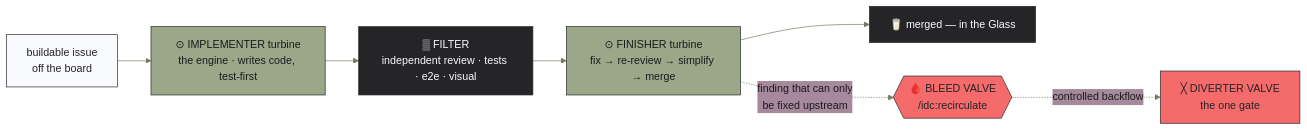
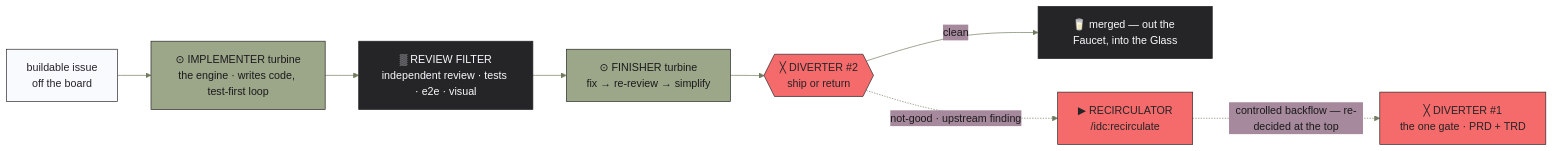
The diagram in docs/mental-model.md (llamallamaredpajama/idc-workflow), drawn with Mermaid before and after one commit. The commit also changed other lines of this file and 9 other files, not shown here.

First line of the commit message:
te-deep-doodling-cerf-2026-06-15-2327/U5: Metaphor + docs rebuild (two-diverter/recirculator) + 3.0.0 bump + CHANGELOG (#56)

````diff
--- a/docs/mental-model.md
+++ b/docs/mental-model.md
@@ -71,16 +82,17 @@
 ```mermaid
 %%{init: {'theme':'base','themeVariables':{'primaryColor':'#9CA689','primaryTextColor':'#1b1a1c','primaryBorderColor':'#252427','lineColor':'#6f7a5e','fontFamily':'Trebuchet MS, Verdana, sans-serif'}}}%%
 flowchart LR
     ISS["buildable issue<br/>off the board"]:::water --> IMPL
-    IMPL["⊙ IMPLEMENTER turbine<br/>the engine · writes code, test-first"]:::turbine --> FILT
-    FILT["▒ FILTER<br/>independent review · tests · e2e · visual"]:::filter --> FIN
-    FIN["⊙ FINISHER turbine<br/>fix → re-review → simplify → merge"]:::turbine --> GLASS["🥛 merged — in the Glass"]:::done
-    FIN -. "finding that can only<br/>be fixed upstream" .-> BLEED{{"🩸 BLEED VALVE<br/>/idc:recirculate"}}:::valve
-    BLEED -. "controlled backflow" .-> GATE["╳ DIVERTER VALVE<br/>the one gate"]:::valve
+    IMPL["⊙ IMPLEMENTER turbine<br/>the engine · writes code, test-first loop"]:::turbine --> FILT
+    FILT["▒ REVIEW FILTER<br/>independent review · tests · e2e · visual"]:::filter --> FIN
+    FIN["⊙ FINISHER turbine<br/>fix → re-review → simplify"]:::turbine --> D2{{"╳ DIVERTER #2<br/>ship or return"}}:::valve
+    D2 -- "clean" --> GLASS["🥛 merged — out the Faucet, into the Glass"]:::done
+    D2 -. "not-good · upstream finding" .-> RECIRC["▶ RECIRCULATOR<br/>/idc:recirculate"]:::valve
+    RECIRC -. "controlled backflow — re-decided at the top" .-> GATE["╳ DIVERTER #1<br/>the one gate · PRD + TRD"]:::valve
 
     classDef water fill:#F9FAFD,stroke:#252427,color:#252427;
     classDef turbine fill:#9CA689,stroke:#252427,color:#1b1a1c;
     classDef filter fill:#252427,stroke:#252427,color:#F9FAFD;
     classDef done fill:#252427,stroke:#252427,color:#F9FAFD;
     classDef valve fill:#F56A6A,stroke:#252427,color:#252427;
 ```
````
